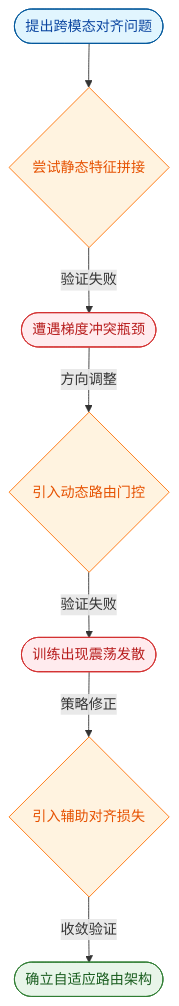
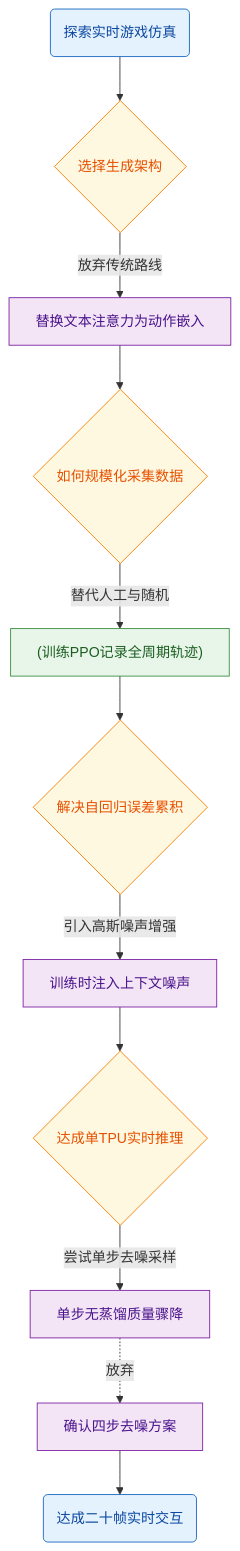
One commit to ShinewineW/paper-rolling changed the seventh of 10 diagrams in person_vault/2026-06-08_DiffusionModelsAreRealTimeGameEngines_2408.14837/report.md. Above: the diagram before and after it, drawn with Mermaid. The commit also changed other lines of this file and 51 other files, not shown here.

````diff
--- a/person_vault/2026-06-08_DiffusionModelsAreRealTimeGameEngines_2408.14837/report.md
+++ b/person_vault/2026-06-08_DiffusionModelsAreRealTimeGameEngines_2408.14837/report.md
@@ -325,22 +466,23 @@
 ```mermaid
-flowchart TB
-    classDef start fill:#e1f5fe,color:#0d47a1,stroke:#01579b
-    classDef decision fill:#fff3e0,color:#e65100,stroke:#ff6f00
-    classDef deadend fill:#ffebee,color:#b71c1c,stroke:#d32f2f
-    classDef success fill:#e8f5e9,color:#1b5e20,stroke:#2e7d32
+flowchart TD
+  classDef start fill:#e3f2fd,color:#0d47a1,stroke:#1565c0
+  classDef decision fill:#fff8e1,color:#e65100,stroke:#f57c00
+  classDef data fill:#e8f5e9,color:#1b5e20,stroke:#388e3c
+  classDef result fill:#f3e5f5,color:#4a148c,stroke:#7b1fa2
 
-    init_question(["提出跨模态对齐问题"]):::start
-    static_fusion{尝试静态特征拼接}:::decision
-    gradient_conflict(["遭遇梯度冲突瓶颈"]):::deadend
-    dynamic_gate{引入动态路由门控}:::decision
-    training_unstable(["训练出现震荡发散"]):::deadend
-    aux_loss{引入辅助对齐损失}:::decision
-    final_arch(["确立自适应路由架构"]):::success
+  start_node(探索实时游戏仿真) --> q1_arch{选择生成架构}
+  q1_arch -->|放弃传统路线| pivot_sd["替换文本注意力为动作嵌入"]
+  pivot_sd --> q2_data{如何规模化采集数据}
+  q2_data -->|替代人工与随机| ppo_agent["(训练PPO记录全周期轨迹)"]
+  ppo_agent --> q3_stab{解决自回归误差累积}
+  q3_stab -->|引入高斯噪声增强| noise_aug["训练时注入上下文噪声"]
+  noise_aug --> q4_speed{达成单TPU实时推理}
+  q4_speed -->|尝试单步去噪采样| dead_end["单步无蒸馏质量骤降"]
+  dead_end -.->|放弃| final_choice["确认四步去噪方案"]
+  final_choice --> end_node(达成二十帧实时交互)
 
-    init_question --> static_fusion
-    static_fusion -->|验证失败| gradient_conflict
-    gradient_conflict -->|方向调整| dynamic_gate
-    dynamic_gate -->|验证失败| training_unstable
-    training_unstable -->|策略修正| aux_loss
-    aux_loss -->|收敛验证| final_arch
+  class start_node,end_node start
+  class q1_arch,q2_data,q3_stab,q4_speed decision
+  class ppo_agent data
+  class pivot_sd,noise_aug,dead_end,final_choice result
 ```
````
